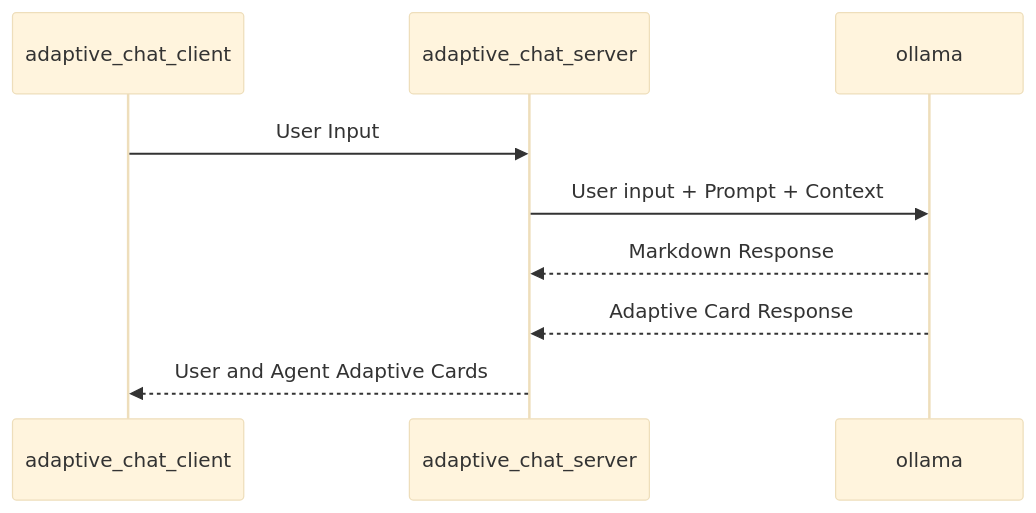
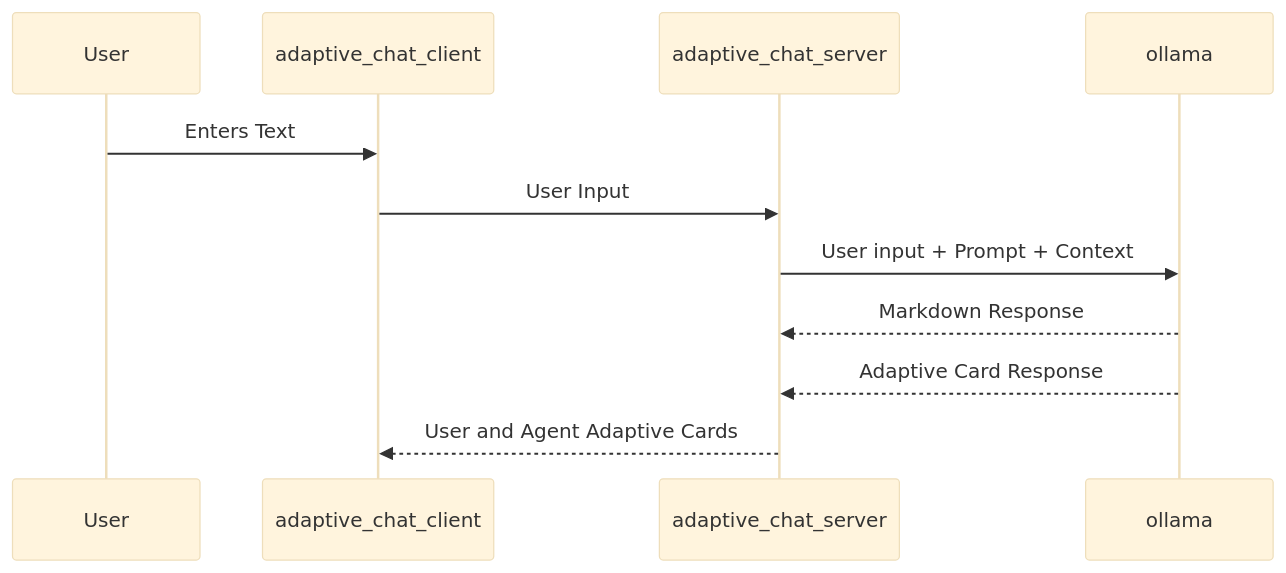
Before and after one commit to freemansoft/Flutter-AdaptiveCards: the diagram in README.md, drawn with Mermaid (base theme).

Commit message:
Minor update for demo

````diff
--- a/README.md
+++ b/README.md
@@ -129,12 +129,14 @@
 ```mermaid
 sequenceDiagram
+    participant User
     participant Client as adaptive_chat_client
     participant Server as adaptive_chat_server
     participant Ollama as ollama
 
+    User->>Client: Enters Text
     Client->>Server: User Input
     Server->>Ollama: User input + Prompt + Context
     Ollama-->>Server: Markdown Response
     Ollama-->>Server: Adaptive Card Response
     Server-->>Client: User and Agent Adaptive Cards
 ```
````
